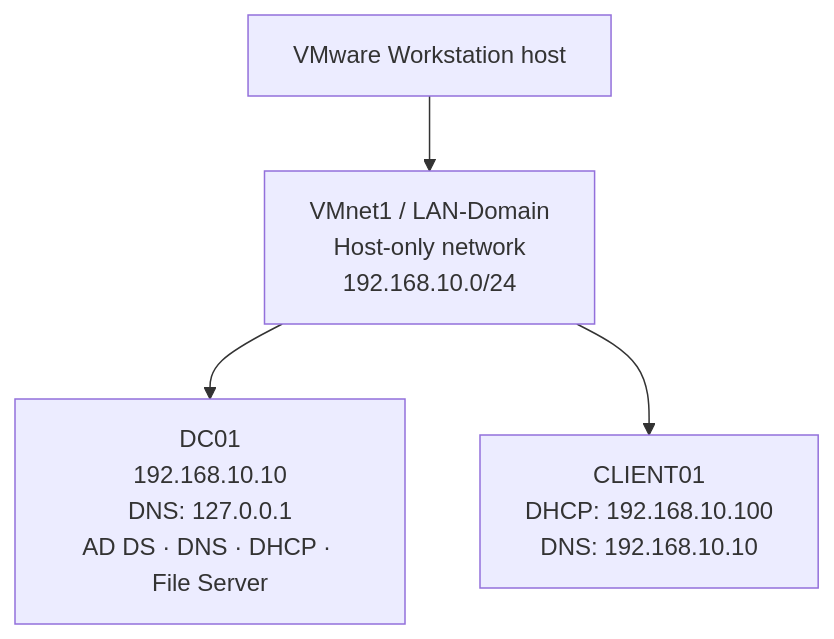
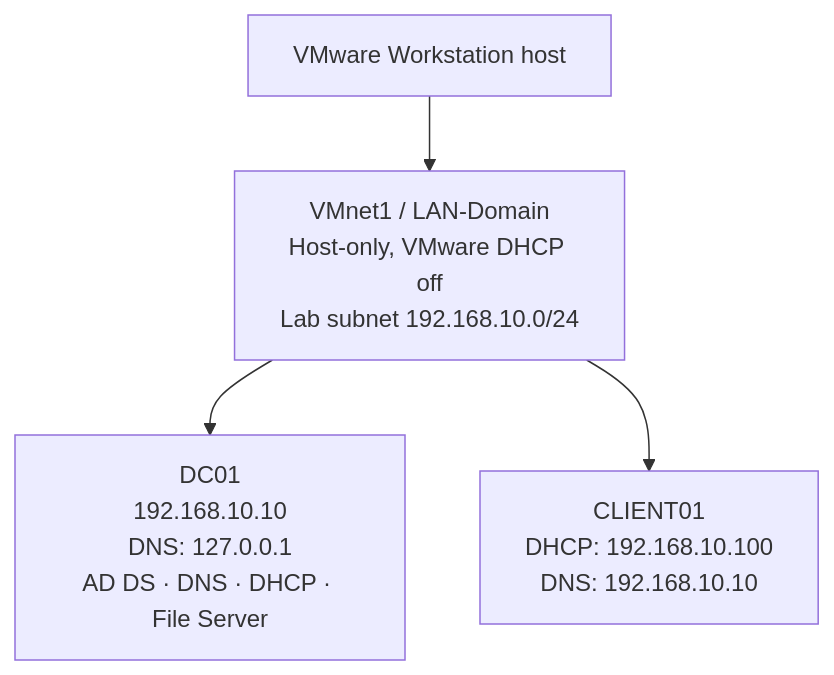
The diagram in diagrams/network-topology.md (zSunnn/windows-server-2022-active-directory-homelab), drawn with Mermaid before and after one commit. The commit also changed other lines of this file and 31 other files, not shown here.

````diff
--- a/diagrams/network-topology.md
+++ b/diagrams/network-topology.md
@@ -3,6 +3,6 @@
 ```mermaid
 flowchart TB
-    Host["VMware Workstation host"] --> VMnet["VMnet1 / LAN-Domain<br/>Host-only network<br/>192.168.10.0/24"]
+    Host["VMware Workstation host"] --> VMnet["VMnet1 / LAN-Domain<br/>Host-only, VMware DHCP off<br/>Lab subnet 192.168.10.0/24"]
     VMnet --> DC["DC01<br/>192.168.10.10<br/>DNS: 127.0.0.1<br/>AD DS · DNS · DHCP · File Server"]
     VMnet --> Client["CLIENT01<br/>DHCP: 192.168.10.100<br/>DNS: 192.168.10.10"]
 ```
````
